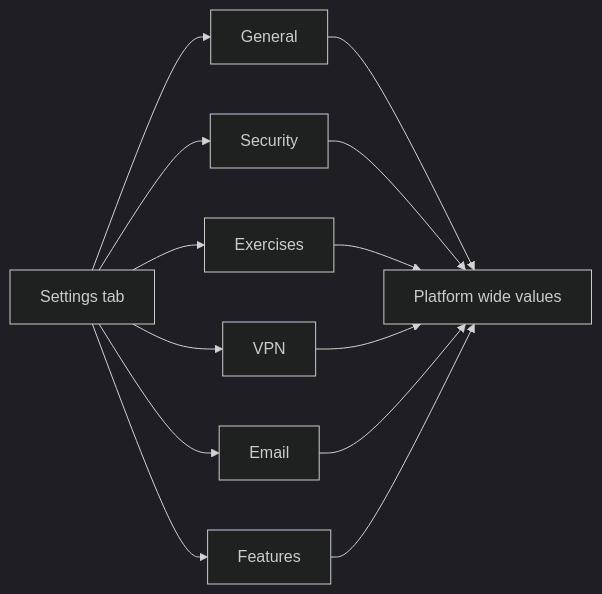
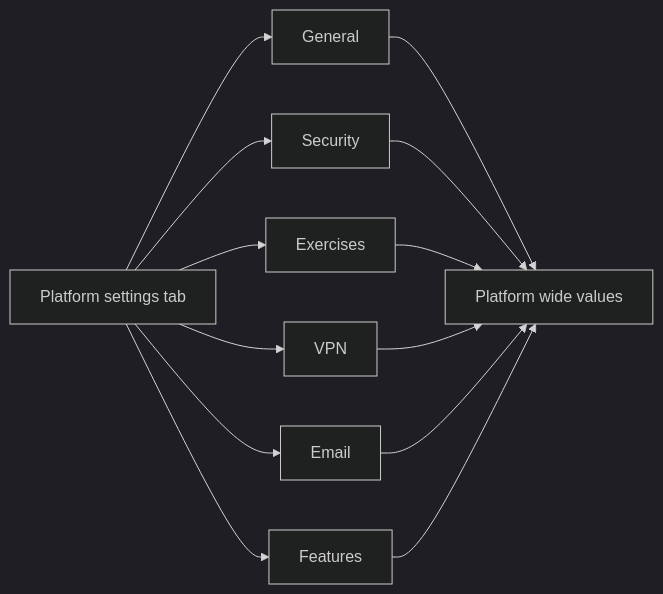
The diagram in Manual-Lite/04_Admin_Guide/20_Platform_Settings.md (RobChaykoski/opencyberrange), drawn with Mermaid (dark theme) before and after one commit. The commit also changed other lines of this file and 62 other files, not shown here.

````diff
--- a/Manual-Lite/04_Admin_Guide/20_Platform_Settings.md
+++ b/Manual-Lite/04_Admin_Guide/20_Platform_Settings.md
@@ -15,15 +15,15 @@
 ```mermaid
 flowchart LR
-  S[Settings tab] --> G[General]
+  S[Platform settings tab] --> G[General]
   S --> SE[Security]
   S --> L[Exercises]
   S --> V[VPN]
   S --> E[Email]
   S --> F[Features]
   G --> A[Platform wide values]
   SE --> A
   L --> A
   V --> A
   E --> A
   F --> A
 ```
````
